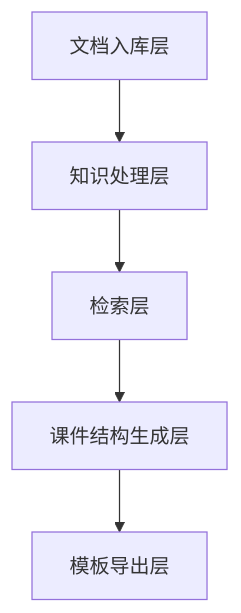
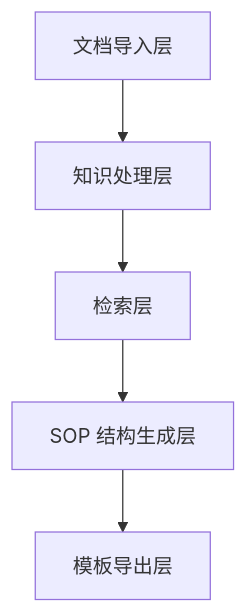
One commit to oudbiao/AI-fullstack-course changed the second of 2 diagrams in i18n/zh-Hans/docusaurus-plugin-content-docs/current/ch08-rag/ch05-projects/04-courseware-assistant.md. Above: the diagram before and after it, drawn with Mermaid. The commit also changed other lines of this file and 14 other files, not shown here.

````diff
--- a/i18n/zh-Hans/docusaurus-plugin-content-docs/current/ch08-rag/ch05-projects/04-courseware-assistant.md
+++ b/i18n/zh-Hans/docusaurus-plugin-content-docs/current/ch08-rag/ch05-projects/04-courseware-assistant.md
@@ -196,7 +209,7 @@
 ```mermaid
 flowchart TD
-    A["文档入库层"] --> B["知识处理层"]
+    A["文档导入层"] --> B["知识处理层"]
     B --> C["检索层"]
-    C --> D["课件结构生成层"]
+    C --> D["SOP 结构生成层"]
     D --> E["模板导出层"]
 ```
````
